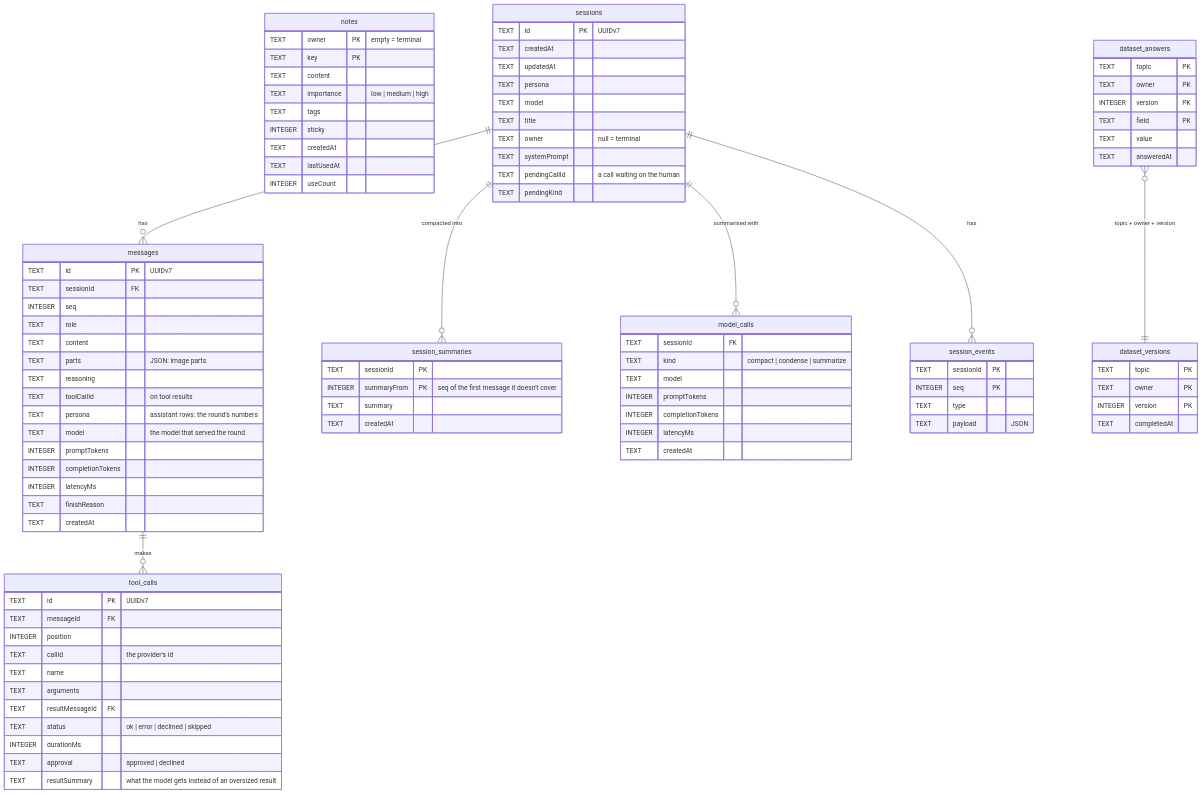
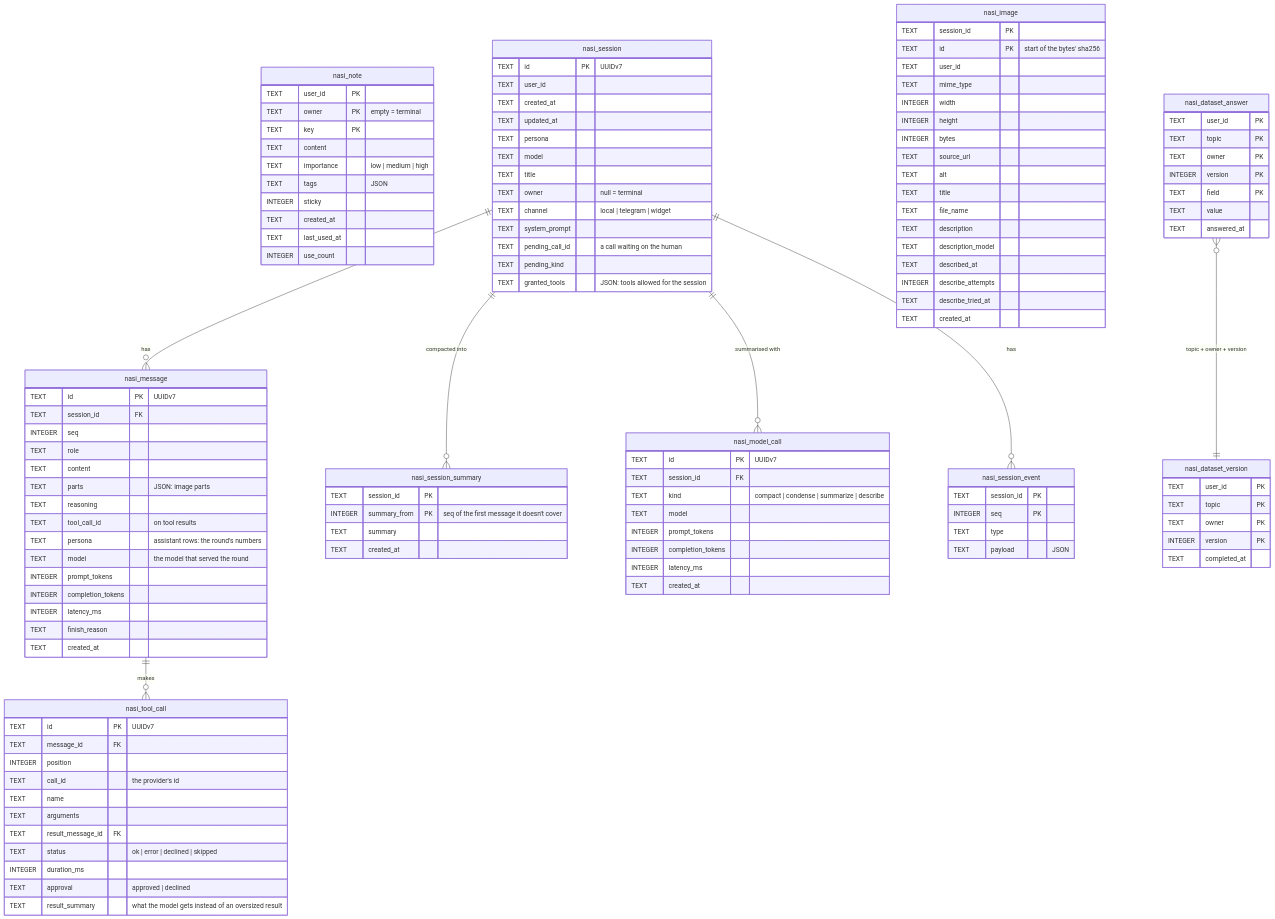
Before and after one commit to SubZtep/kaja: the diagram in docs/config/storage.md, drawn with Mermaid. The commit also changed other lines of this file and 69 other files, not shown here.

````diff
--- a/docs/config/storage.md
+++ b/docs/config/storage.md
@@ -41,106 +45,133 @@
 ```mermaid
 erDiagram
-  notes {
+  nasi_note {
+    TEXT user_id PK
     TEXT owner PK "empty = terminal"
     TEXT key PK
     TEXT content
     TEXT importance "low | medium | high"
-    TEXT tags
+    TEXT tags "JSON"
     INTEGER sticky
-    TEXT createdAt
-    TEXT lastUsedAt
-    INTEGER useCount
+    TEXT created_at
+    TEXT last_used_at
+    INTEGER use_count
   }
 
-  sessions {
+  nasi_session {
     TEXT id PK "UUIDv7"
-    TEXT createdAt
-    TEXT updatedAt
+    TEXT user_id
+    TEXT created_at
+    TEXT updated_at
     TEXT persona
     TEXT model
     TEXT title
     TEXT owner "null = terminal"
-    TEXT systemPrompt
-    TEXT pendingCallId "a call waiting on the human"
-    TEXT pendingKind
+    TEXT channel "local | telegram | widget"
+    TEXT system_prompt
+    TEXT pending_call_id "a call waiting on the human"
+    TEXT pending_kind
+    TEXT granted_tools "JSON: tools allowed for the session"
   }
 
-  messages {
+  nasi_message {
     TEXT id PK "UUIDv7"
-    TEXT sessionId FK
+    TEXT session_id FK
     INTEGER seq
     TEXT role
     TEXT content
     TEXT parts "JSON: image parts"
     TEXT reasoning
-    TEXT toolCallId "on tool results"
+    TEXT tool_call_id "on tool results"
     TEXT persona "assistant rows: the round's numbers"
     TEXT model "the model that served the round"
-    INTEGER promptTokens
-    INTEGER completionTokens
-    INTEGER latencyMs
-    TEXT finishReason
-    TEXT createdAt
+    INTEGER prompt_tokens
+    INTEGER completion_tokens
+    INTEGER latency_ms
+    TEXT finish_reason
+    TEXT created_at
   }
 
-  tool_calls {
+  nasi_tool_call {
     TEXT id PK "UUIDv7"
-    TEXT messageId FK
+    TEXT message_id FK
     INTEGER position
-    TEXT callId "the provider's id"
+    TEXT call_id "the provider's id"
     TEXT name
     TEXT arguments
-    TEXT resultMessageId FK
+    TEXT result_message_id FK
     TEXT status "ok | error | declined | skipped"
-    INTEGER durationMs
+    INTEGER duration_ms
     TEXT approval "approved | declined"
-    TEXT resultSummary "what the model gets instead of an oversized result"
+    TEXT result_summary "what the model gets instead of an oversized result"
   }
 
-  session_summaries {
-    TEXT sessionId PK
-    INTEGER summaryFrom PK "seq of the first message it doesn't cover"
+  nasi_session_summary {
+    TEXT session_id PK
+    INTEGER summary_from PK "seq of the first message it doesn't cover"
     TEXT summary
-    TEXT createdAt
+    TEXT created_at
   }
 
-  model_calls {
-    TEXT sessionId FK
-    TEXT kind "compact | condense | summarize"
+  nasi_model_call {
+    TEXT id PK "UUIDv7"
+    TEXT session_id FK
+    TEXT kind "compact | condense | summarize | describe"
     TEXT model
-    INTEGER promptTokens
-    INTEGER completionTokens
-    INTEGER latencyMs
-    TEXT createdAt
+    INTEGER prompt_tokens
+    INTEGER completion_tokens
+    INTEGER latency_ms
+    TEXT created_at
   }
 
-  session_events {
-    TEXT sessionId PK
+  nasi_session_event {
+    TEXT session_id PK
     INTEGER seq PK
     TEXT type
     TEXT payload "JSON"
   }
 
-  dataset_answers {
+  nasi_image {
+    TEXT session_id PK
+    TEXT id PK "start of the bytes' sha256"
+    TEXT user_id
+    TEXT mime_type
+    INTEGER width
+    INTEGER height
+    INTEGER bytes
+    TEXT source_url
+    TEXT alt
+    TEXT title
+    TEXT file_name
+    TEXT description
+    TEXT description_model
+    TEXT described_at
+    INTEGER describe_attempts
+    TEXT describe_tried_at
+    TEXT created_at
+  }
+
+  nasi_dataset_answer {
+    TEXT user_id PK
     TEXT topic PK
     TEXT owner PK
     INTEGER version PK
     TEXT field PK
     TEXT value
-    TEXT answeredAt
+    TEXT answered_at
   }
 
-  dataset_versions {
+  nasi_dataset_version {
+    TEXT user_id PK
     TEXT topic PK
     TEXT owner PK
     INTEGER version PK
-    TEXT completedAt
+    TEXT completed_at
   }
 
-  sessions ||--o{ messages : has
-  sessions ||--o{ session_events : has
-  sessions ||--o{ session_summaries : "compacted into"
-  sessions ||--o{ model_calls : "summarised with"
-  messages ||--o{ tool_calls : makes
-  dataset_answers }o--|| dataset_versions : "topic + owner + version"
+  nasi_session ||--o{ nasi_message : has
+  nasi_session ||--o{ nasi_session_event : has
+  nasi_session ||--o{ nasi_session_summary : "compacted into"
+  nasi_session ||--o{ nasi_model_call : "summarised with"
+  nasi_message ||--o{ nasi_tool_call : makes
+  nasi_dataset_answer }o--|| nasi_dataset_version : "topic + owner + version"
 ```
````
